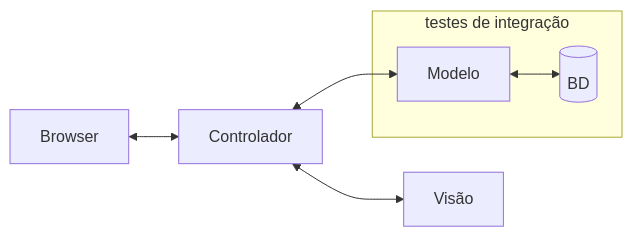
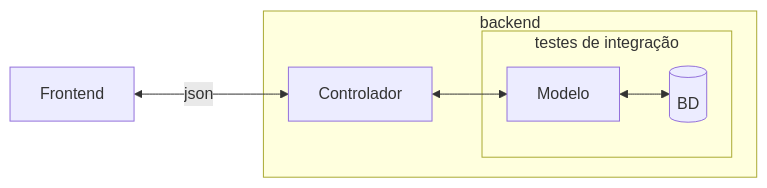
Before and after one commit to mtov/esmforum: the diagram in docs/testes-integracao.md, drawn with Mermaid.

````diff
--- a/docs/testes-integracao.md
+++ b/docs/testes-integracao.md
@@ -15,9 +15,11 @@
 ```mermaid
 flowchart LR
     BD[(BD)]
-    Browser <--> Controlador <--> Modelo
-    Controlador <--> Visão
-    subgraph testes de integração
-    Modelo  <--> BD 
+    Frontend  <--->|json| Controlador
+    subgraph backend
+       Controlador <--> Modelo
+       subgraph testes de integração
+          Modelo  <--> BD 
+       end
     end
 ```
````
